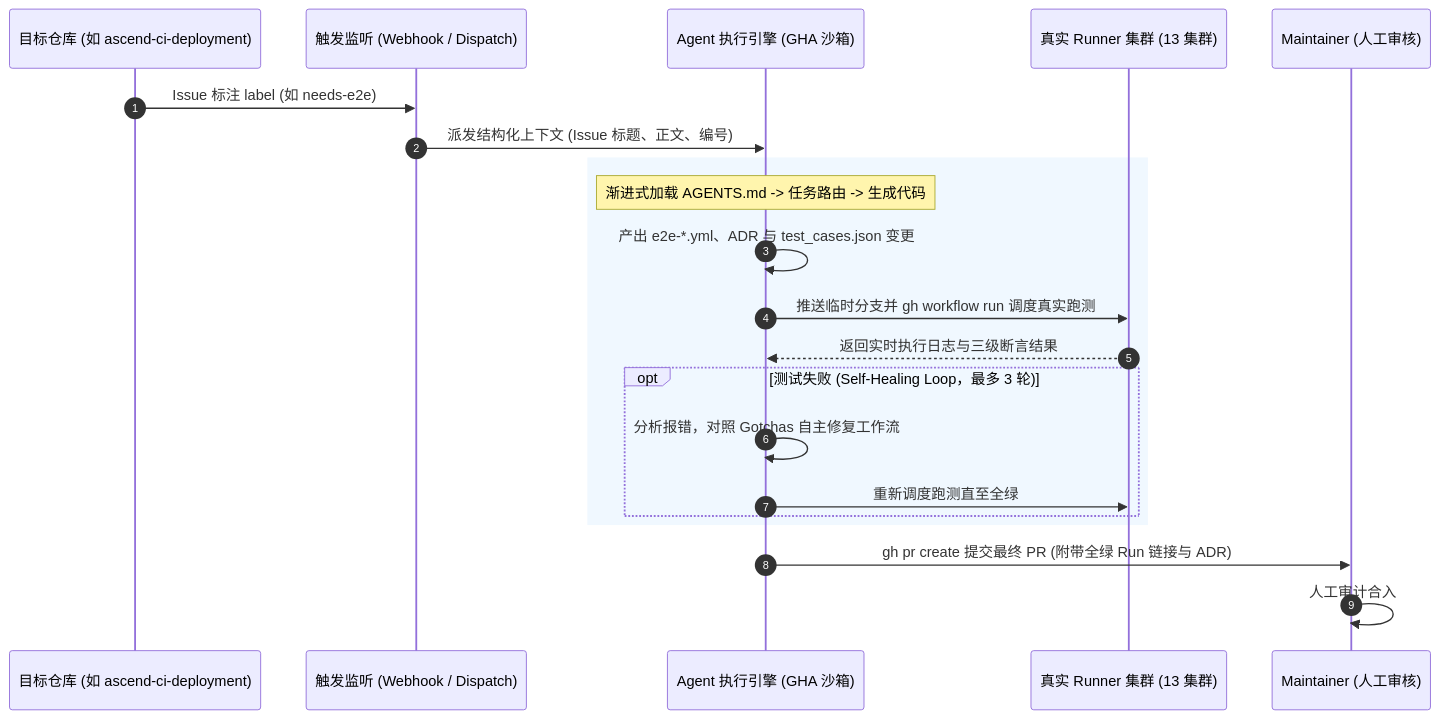
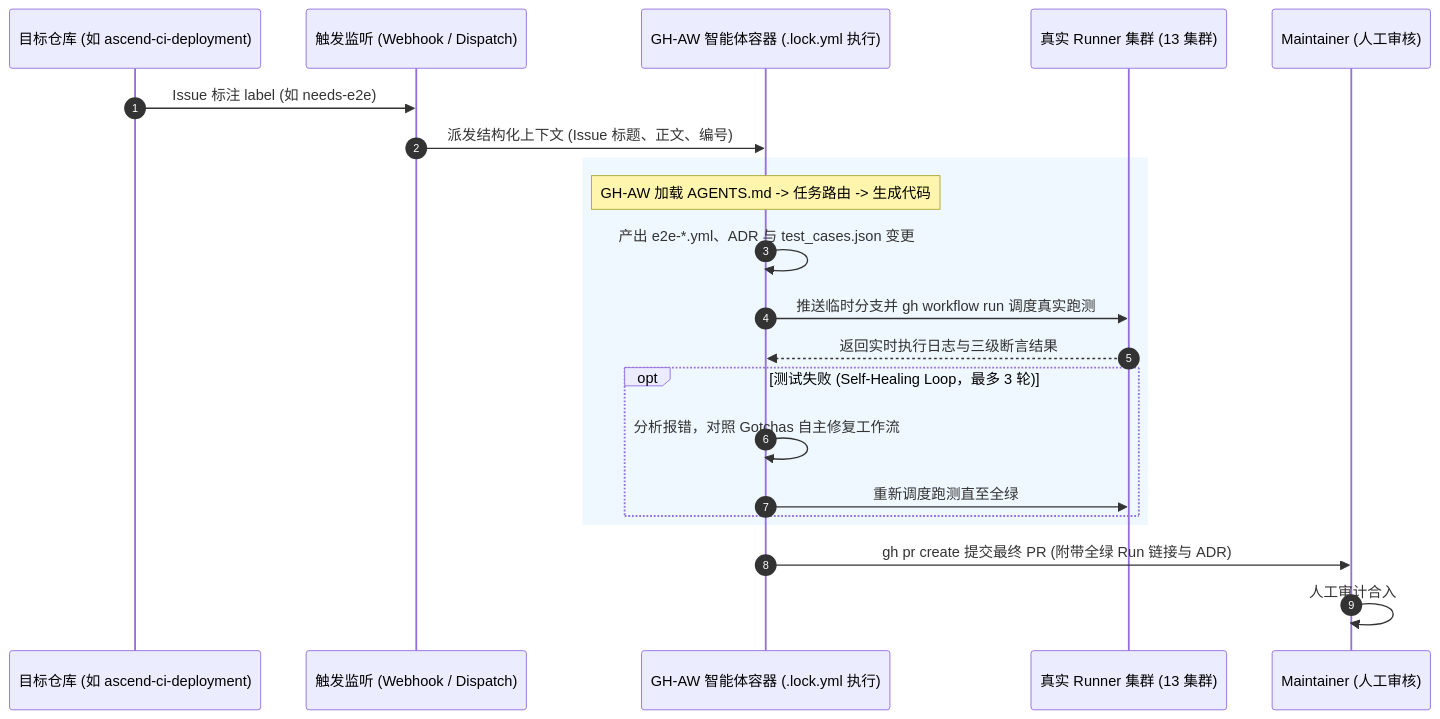
One commit to ascend-gha-runners/test changed the diagram in docs/adr/0003-基于agentic-workflow实现issue驱动的e2e用例自闭环开发与验证.md. Above: the diagram before and after it, drawn with Mermaid. The commit also changed other lines of this file and 1 other file, not shown here.

````diff
--- a/docs/adr/0003-基于agentic-workflow实现issue驱动的e2e用例自闭环开发与验证.md
+++ b/docs/adr/0003-基于agentic-workflow实现issue驱动的e2e用例自闭环开发与验证.md
@@ -21,24 +38,24 @@
 ```mermaid
 sequenceDiagram
     autonumber
     participant TargetRepo as 目标仓库 (如 ascend-ci-deployment)
     participant Watcher as 触发监听 (Webhook / Dispatch)
-    participant Engine as Agent 执行引擎 (GHA 沙箱)
+    participant Engine as GH-AW 智能体容器 (.lock.yml 执行)
     participant Cluster as 真实 Runner 集群 (13 集群)
     participant Review as Maintainer (人工审核)
 
     TargetRepo->>Watcher: Issue 标注 label (如 needs-e2e)
     Watcher->>Engine: 派发结构化上下文 (Issue 标题、正文、编号)
     rect rgb(240, 248, 255)
-    Note over Engine: 渐进式加载 AGENTS.md -> 任务路由 -> 生成代码
+    Note over Engine: GH-AW 加载 AGENTS.md -> 任务路由 -> 生成代码
     Engine->>Engine: 产出 e2e-*.yml、ADR 与 test_cases.json 变更
     Engine->>Cluster: 推送临时分支并 gh workflow run 调度真实跑测
     Cluster-->>Engine: 返回实时执行日志与三级断言结果
     opt 测试失败 (Self-Healing Loop，最多 3 轮)
         Engine->>Engine: 分析报错，对照 Gotchas 自主修复工作流
         Engine->>Cluster: 重新调度跑测直至全绿
     end
     end
     Engine->>Review: gh pr create 提交最终 PR (附带全绿 Run 链接与 ADR)
     Review->>Review: 人工审计合入
 ```
````
